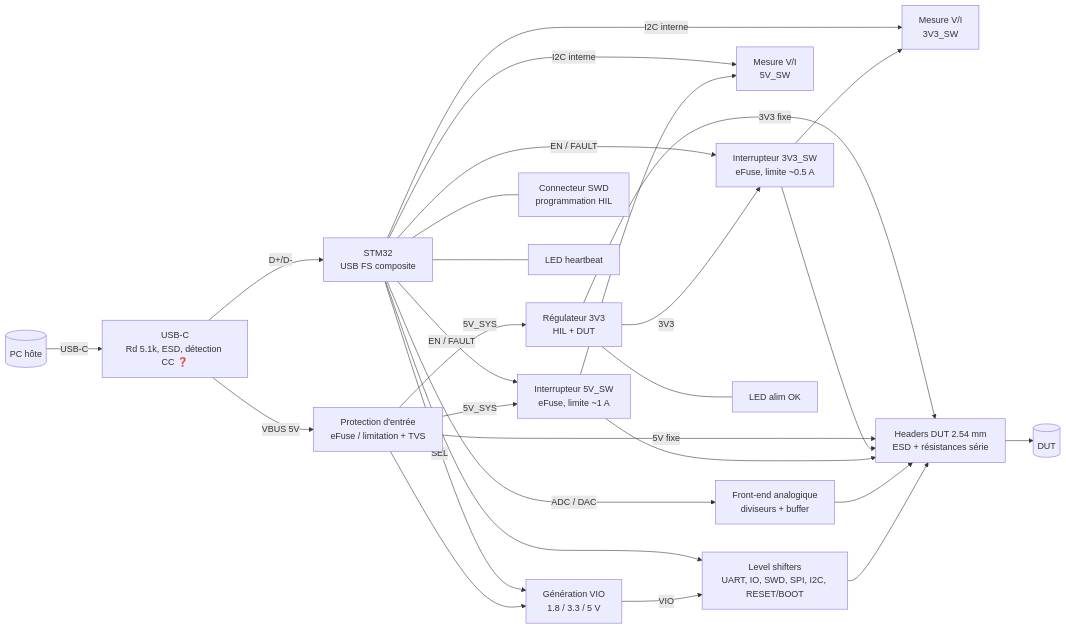
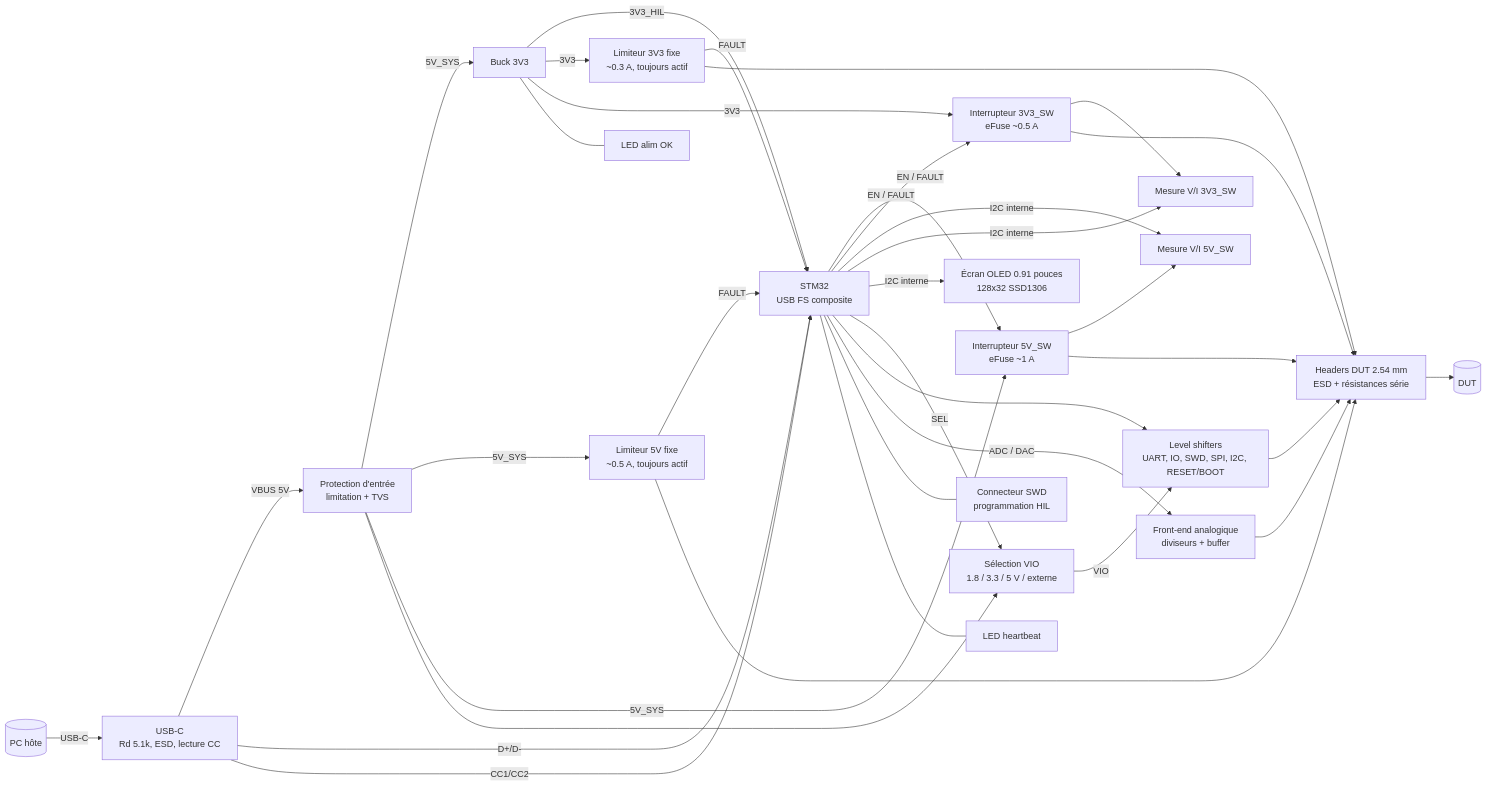
The diagram in SPEC.md (AlksGit/OOTY-), drawn with Mermaid before and after one commit. The commit also changed other lines of this file and 1 other file, not shown here.

Commit message:
docs: finalize Phase 0 spec after checkpoint (fixed-rail limiting, I2C OLED display)

````diff
--- a/SPEC.md
+++ b/SPEC.md
@@ -21,30 +22,37 @@
 ```mermaid
 flowchart LR
-    PC[(PC hôte)] -- USB-C --> USBC[USB-C<br/>Rd 5.1k, ESD, détection CC ❓]
-    USBC -- VBUS 5V --> INPROT[Protection d'entrée<br/>eFuse / limitation + TVS]
-    INPROT -- 5V_SYS --> REG33[Régulateur 3V3<br/>HIL + DUT]
-    INPROT -- 5V_SYS --> SW5[Interrupteur 5V_SW<br/>eFuse, limite ~1 A]
-    REG33 -- 3V3 --> SW33[Interrupteur 3V3_SW<br/>eFuse, limite ~0.5 A]
-    INPROT --> VIOGEN[Génération VIO<br/>1.8 / 3.3 / 5 V]
-    SW5 --> INA5[Mesure V/I<br/>5V_SW]
-    SW33 --> INA33[Mesure V/I<br/>3V3_SW]
+    PC[(PC hôte)] -- USB-C --> USBC[USB-C<br/>Rd 5.1k, ESD, lecture CC]
+    USBC -- VBUS 5V --> INPROT[Protection d'entrée<br/>limitation + TVS]
+    INPROT -- 5V_SYS --> REG33[Buck 3V3]
+    REG33 -- 3V3_HIL --> MCU
+    INPROT -- 5V_SYS --> SW5F[Limiteur 5V fixe<br/>~0.5 A, toujours actif]
+    INPROT -- 5V_SYS --> SW5[Interrupteur 5V_SW<br/>eFuse ~1 A]
+    REG33 -- 3V3 --> SW33F[Limiteur 3V3 fixe<br/>~0.3 A, toujours actif]
+    REG33 -- 3V3 --> SW33[Interrupteur 3V3_SW<br/>eFuse ~0.5 A]
+    INPROT --> VIOGEN[Sélection VIO<br/>1.8 / 3.3 / 5 V / externe]
+    SW5 --> INA5[Mesure V/I 5V_SW]
+    SW33 --> INA33[Mesure V/I 3V3_SW]
     USBC -- D+/D- --> MCU[STM32<br/>USB FS composite]
+    USBC -- CC1/CC2 --> MCU
     MCU -- EN / FAULT --> SW5
     MCU -- EN / FAULT --> SW33
+    SW5F -- FAULT --> MCU
+    SW33F -- FAULT --> MCU
     MCU -- I2C interne --> INA5
     MCU -- I2C interne --> INA33
+    MCU -- I2C interne --> OLED[Écran OLED 0.91 pouces<br/>128x32 SSD1306]
     MCU -- SEL --> VIOGEN
     VIOGEN -- VIO --> LS[Level shifters<br/>UART, IO, SWD, SPI, I2C, RESET/BOOT]
     MCU --> LS
     MCU -- ADC / DAC --> ANA[Front-end analogique<br/>diviseurs + buffer]
     LS --> HDR[Headers DUT 2.54 mm<br/>ESD + résistances série]
     ANA --> HDR
     SW5 --> HDR
     SW33 --> HDR
-    INPROT -- 5V fixe --> HDR
-    REG33 -- 3V3 fixe --> HDR
+    SW5F --> HDR
+    SW33F --> HDR
     MCU --- DBG[Connecteur SWD<br/>programmation HIL]
     MCU --- LED[LED heartbeat]
     REG33 --- LEDP[LED alim OK]
     HDR --> DUT[(DUT)]
 ```
````
